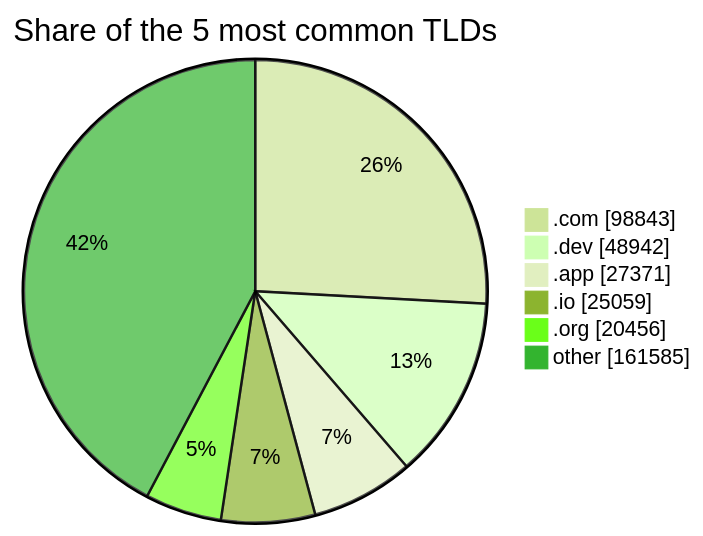
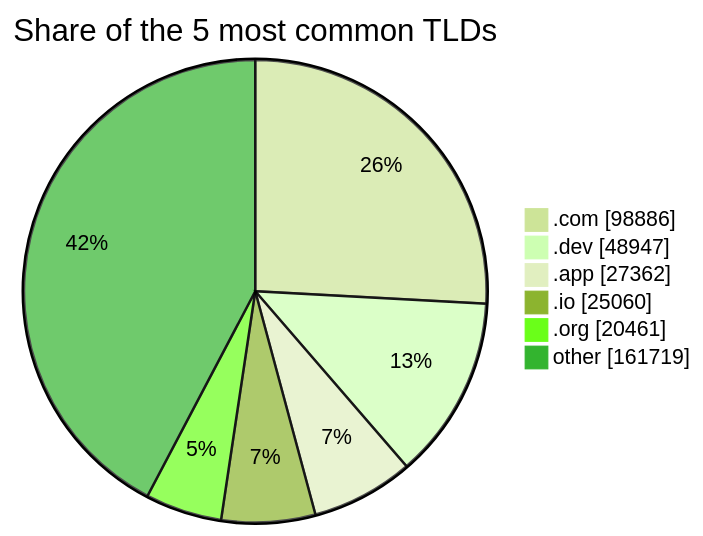
One commit to DNSBunker/CTI changed the third of 3 diagrams in README.md. Above: the diagram before and after it, drawn with Mermaid (forest theme). The commit also changed other lines of this file and 3 other files, not shown here.

````diff
--- a/README.md
+++ b/README.md
@@ -81,9 +81,9 @@
 ```mermaid
 pie showData title Share of the 5 most common TLDs
-    ".com" : 98843
-    ".dev" : 48942
-    ".app" : 27371
-    ".io" : 25059
-    ".org" : 20456
-    "other" : 161585
+    ".com" : 98886
+    ".dev" : 48947
+    ".app" : 27362
+    ".io" : 25060
+    ".org" : 20461
+    "other" : 161719
 ```
````
